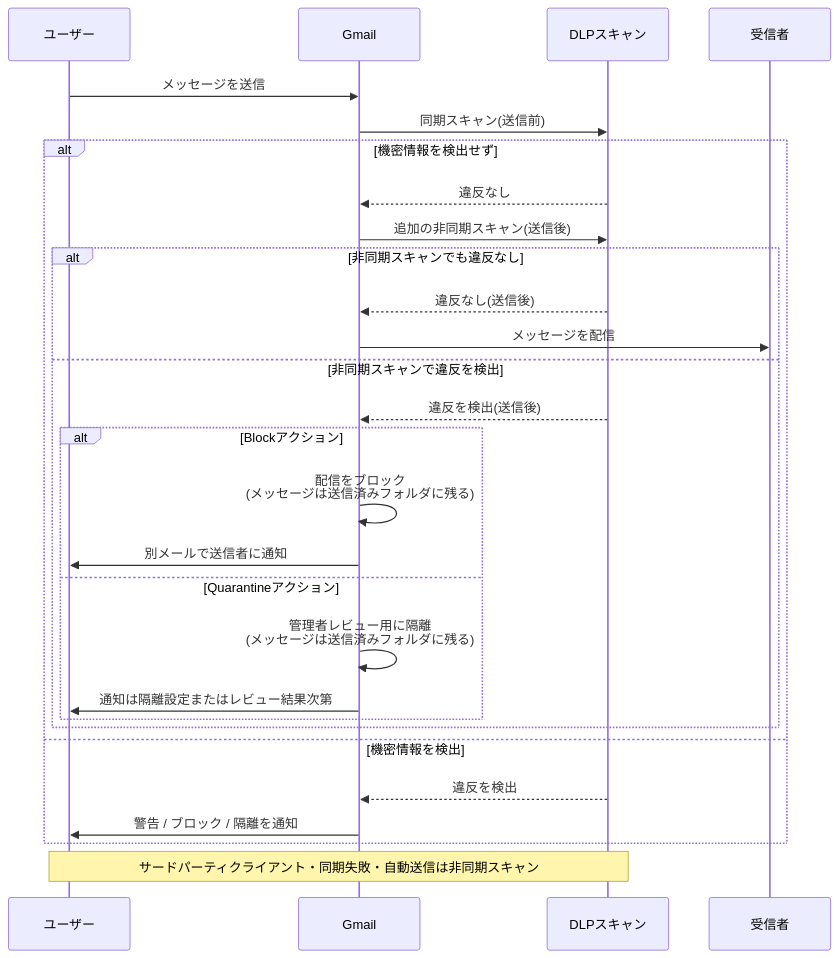
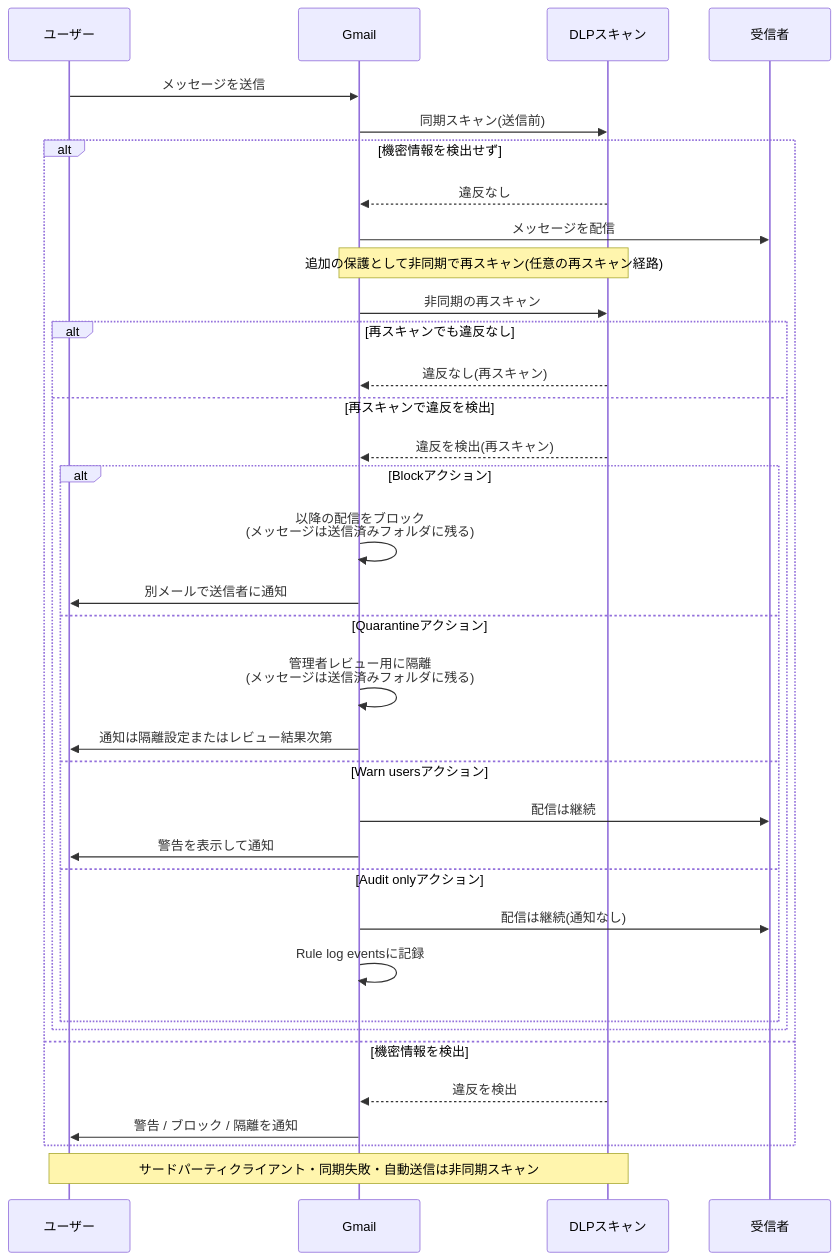
One commit to myoshi2891/Cloud-Infrastructure-Studies changed the sixth of 10 diagrams in archive/Gcl/Associate-Google-Workspace-Administrator/md/Agwa-section3-data-governance.md. Above: the diagram before and after it, drawn with Mermaid.

Commit message:
docs(archive): expand AGWA section 3 DLP async rescan sequence diagram

````diff
--- a/archive/Gcl/Associate-Google-Workspace-Administrator/md/Agwa-section3-data-governance.md
+++ b/archive/Gcl/Associate-Google-Workspace-Administrator/md/Agwa-section3-data-governance.md
@@ -326,30 +326,37 @@
 ```mermaid
 sequenceDiagram
     participant U as ユーザー
     participant G as Gmail
     participant D as DLPスキャン
     participant R as 受信者
     U->>G: メッセージを送信
     G->>D: 同期スキャン(送信前)
     alt 機密情報を検出せず
         D-->>G: 違反なし
-        G->>D: 追加の非同期スキャン(送信後)
-        alt 非同期スキャンでも違反なし
-            D-->>G: 違反なし(送信後)
-            G->>R: メッセージを配信
-        else 非同期スキャンで違反を検出
-            D-->>G: 違反を検出(送信後)
+        G->>R: メッセージを配信
+        Note over G,D: 追加の保護として非同期で再スキャン(任意の再スキャン経路)
+        G->>D: 非同期の再スキャン
+        alt 再スキャンでも違反なし
+            D-->>G: 違反なし(再スキャン)
+        else 再スキャンで違反を検出
+            D-->>G: 違反を検出(再スキャン)
             alt Blockアクション
-                G->>G: 配信をブロック<br/>(メッセージは送信済みフォルダに残る)
+                G->>G: 以降の配信をブロック<br/>(メッセージは送信済みフォルダに残る)
                 G->>U: 別メールで送信者に通知
             else Quarantineアクション
                 G->>G: 管理者レビュー用に隔離<br/>(メッセージは送信済みフォルダに残る)
                 G->>U: 通知は隔離設定またはレビュー結果次第
+            else Warn usersアクション
+                G->>R: 配信は継続
+                G->>U: 警告を表示して通知
+            else Audit onlyアクション
+                G->>R: 配信は継続(通知なし)
+                G->>G: Rule log eventsに記録
             end
         end
     else 機密情報を検出
         D-->>G: 違反を検出
         G->>U: 警告 / ブロック / 隔離を通知
     end
     Note over U,D: サードパーティクライアント・同期失敗・自動送信は非同期スキャン
 ```
````
